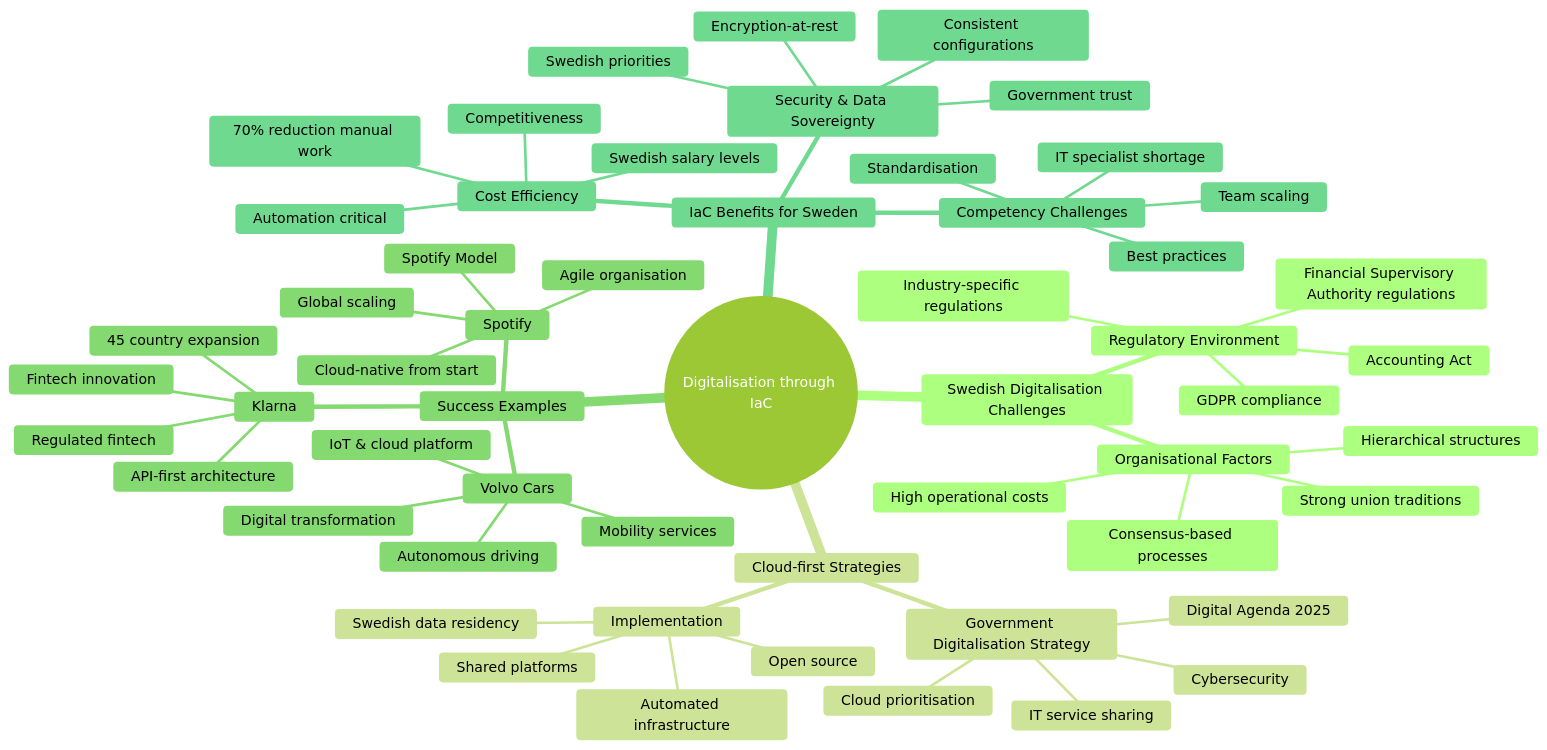
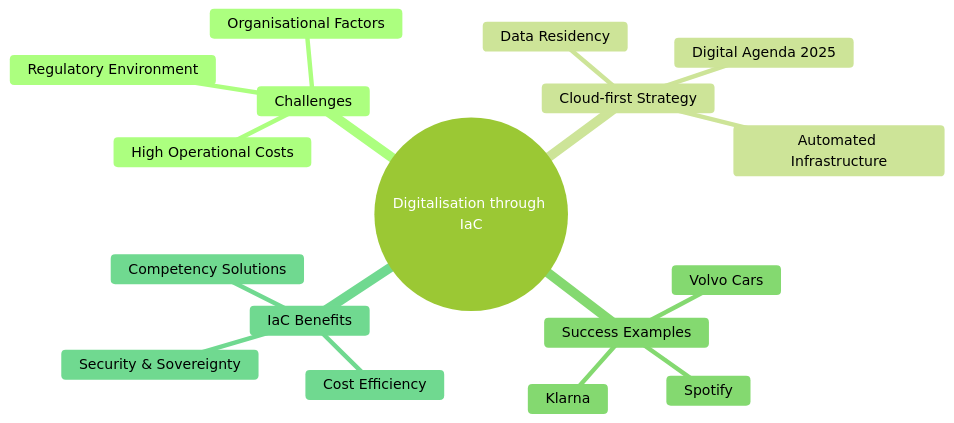
The diagram in docs/images/mindmap_19_digitalization.mmd (Geonitab/architecture_as_code), drawn with Mermaid (forest theme) before and after one commit. The commit also changed 15 other files, not shown here.

First line of the commit message:
Enhance Gantt chart styling with Kvadrat brand consistency (#1506)

```diff
--- a/docs/images/mindmap_19_digitalization.mmd
+++ b/docs/images/mindmap_19_digitalization.mmd
@@ -1,56 +1,18 @@
 mindmap
   root((Digitalisation through IaC))
-    Swedish Digitalisation Challenges
+    Challenges
       Regulatory Environment
-        GDPR compliance
-        Accounting Act
-        Financial Supervisory Authority regulations
-        Industry-specific regulations
       Organisational Factors
-        Strong union traditions
-        Consensus-based processes
-        Hierarchical structures
-        High operational costs
-    Cloud-first Strategies
-      Government Digitalisation Strategy
-        Digital Agenda 2025
-        Cloud prioritisation
-        IT service sharing
-        Cybersecurity
-      Implementation
-        Automated infrastructure
-        Shared platforms
-        Open source
-        Swedish data residency
+      High Operational Costs
+    Cloud-first Strategy
+      Digital Agenda 2025
+      Automated Infrastructure
+      Data Residency
     Success Examples
       Spotify
-        Cloud-native from start
-        Global scaling
-        Agile organisation
-        Spotify Model
       Klarna
-        API-first architecture
-        Regulated fintech
-        45 country expansion
-        Fintech innovation
       Volvo Cars
-        Digital transformation
-        IoT & cloud platform
-        Mobility services
-        Autonomous driving
-    IaC Benefits for Sweden
+    IaC Benefits
       Cost Efficiency
-        70% reduction manual work
-        Automation critical
-        Swedish salary levels
-        Competitiveness
-      Competency Challenges
-        IT specialist shortage
-        Standardisation
-        Team scaling
-        Best practices
-      Security & Data Sovereignty
-        Swedish priorities
-        Consistent configurations
-        Encryption-at-rest
-        Government trust
+      Competency Solutions
+      Security & Sovereignty
```
